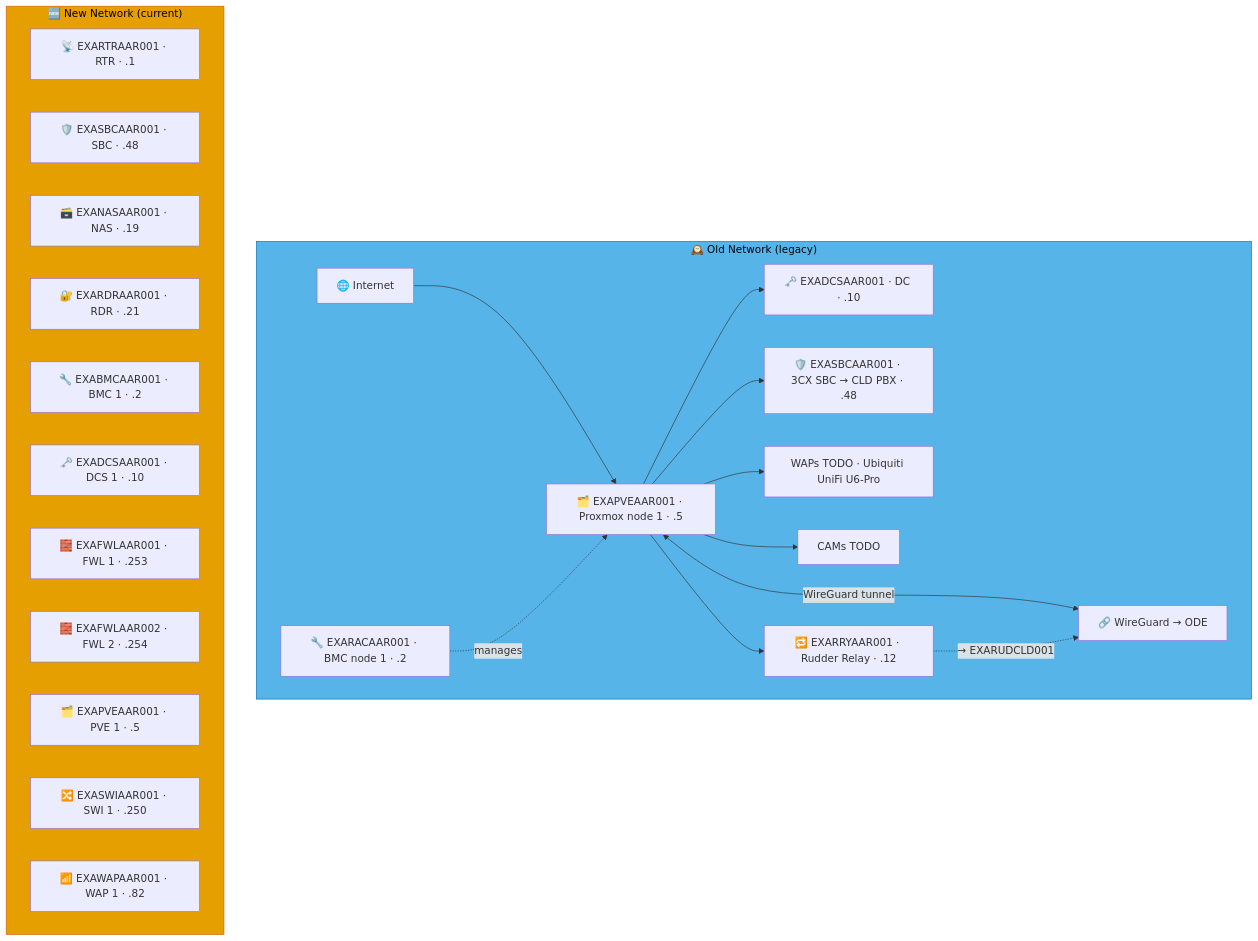
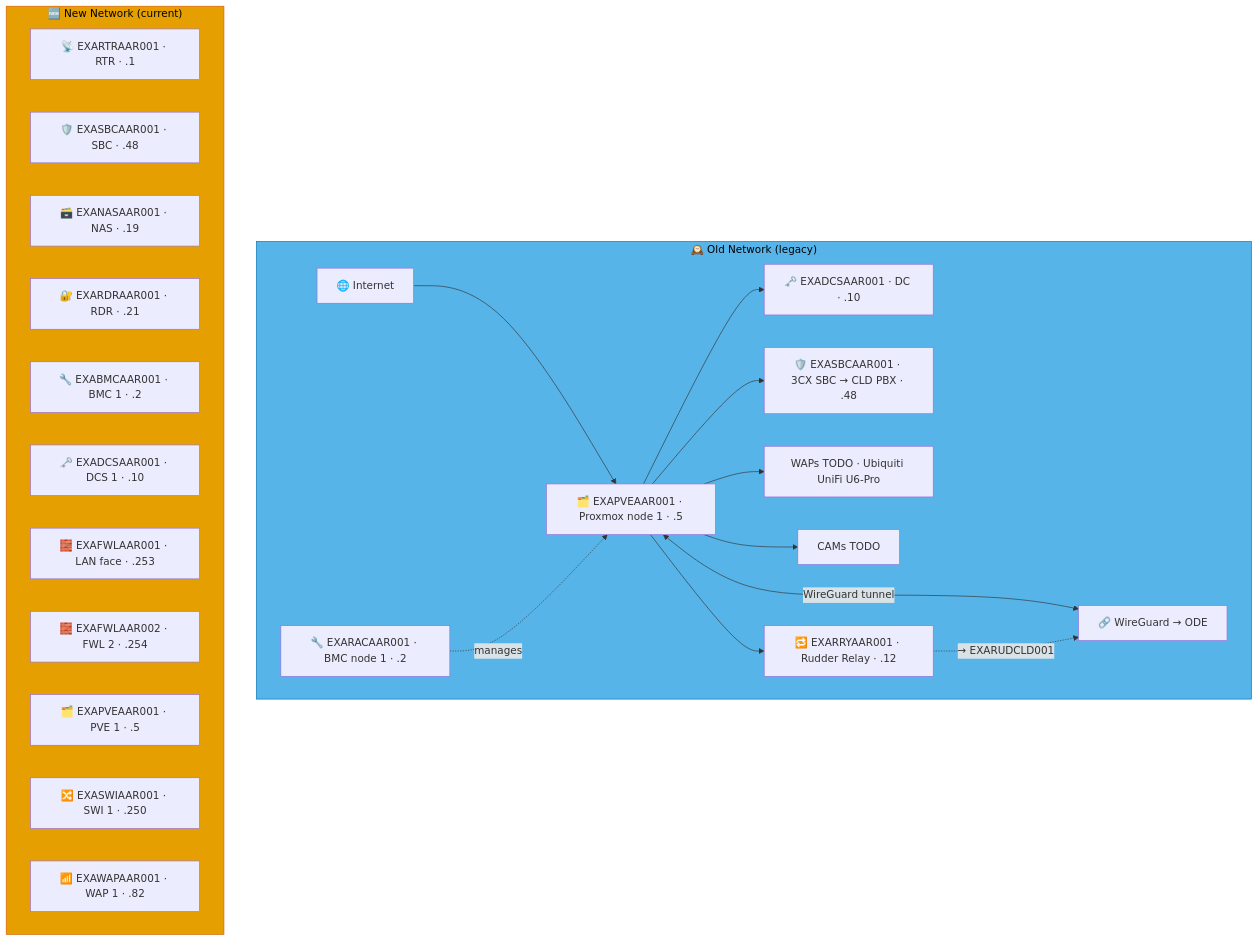
Before and after one commit to knightmare2600/example_music_infra: the sixth of 9 diagrams in docs/network-diagram/danmark.md, drawn with Mermaid. The commit also changed other lines of this file and 17 other files, not shown here.

````diff
--- a/docs/network-diagram/danmark.md
+++ b/docs/network-diagram/danmark.md
@@ -295,39 +295,39 @@
 ```mermaid
 graph TD
     subgraph OLD_AAR ["🕰️ Old Network (legacy)"]
       INET["🌐 Internet"]
       RAC["🔧 EXARACAAR001 · BMC node 1 · .2"]
       PVE["🗂️ EXAPVEAAR001 · Proxmox node 1 · .5"]
       DC["🗝️ EXADCSAAR001 · DC · .10"]
       SBC["🛡️ EXASBCAAR001 · 3CX SBC → CLD PBX · .48"]
       RRY["🔁 EXARRYAAR001 · Rudder Relay · .12"]
       WAP["WAPs TODO · Ubiquiti UniFi U6-Pro"]
       CAM["CAMs TODO"]
       VPN["🔗 WireGuard → ODE"]
 
       INET --> PVE --> DC & SBC
       RAC -.->|"manages"| PVE
       PVE --> WAP & CAM
       PVE <-->|"WireGuard tunnel"| VPN
 
       PVE --> RRY
       RRY -. "→ EXARUDCLD001" .-> VPN
     end
     style OLD_AAR fill:#56B4E9,stroke:#0072B2,color:#000000
     %% GENERATED:NEW-NETWORK:AAR:START
     subgraph NEW_AAR ["🆕 New Network (current)"]
       N_RTR["📡 EXARTRAAR001 · RTR · .1"]
       N_SBC["🛡️ EXASBCAAR001 · SBC · .48"]
       N_NAS["🗃️ EXANASAAR001 · NAS · .19"]
       N_RDR["🔐 EXARDRAAR001 · RDR · .21"]
       N_BMC["🔧 EXABMCAAR001 · BMC 1 · .2"]
       N_DCS["🗝️ EXADCSAAR001 · DCS 1 · .10"]
-      N_FWL["🧱 EXAFWLAAR001 · FWL 1 · .253"]
+      N_FWL["🧱 EXAFWLAAR001 · LAN face · .253"]
       N_FWL2["🧱 EXAFWLAAR002 · FWL 2 · .254"]
       N_PVE["🗂️ EXAPVEAAR001 · PVE 1 · .5"]
       N_SWI["🔀 EXASWIAAR001 · SWI 1 · .250"]
       N_WAP["📶 EXAWAPAAR001 · WAP 1 · .82"]
     end
     style NEW_AAR fill:#E69F00,stroke:#D55E00,color:#000000
     %% GENERATED:NEW-NETWORK:AAR:END
 ```
````
